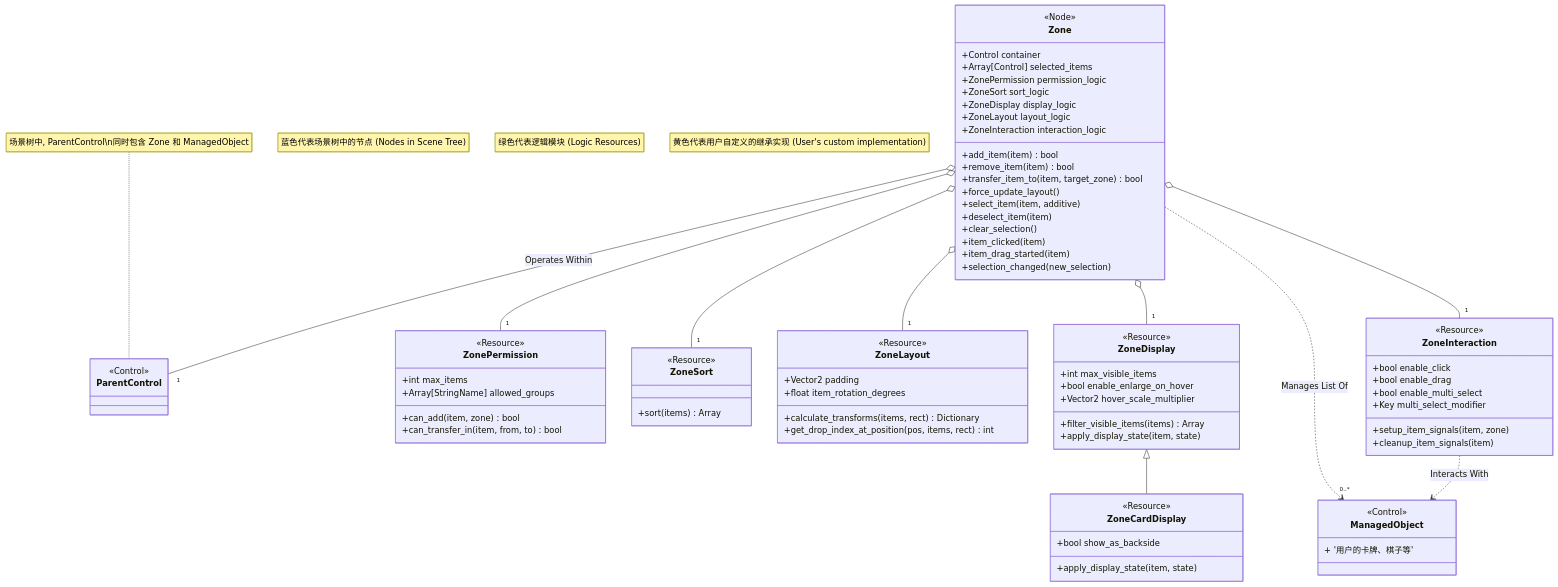
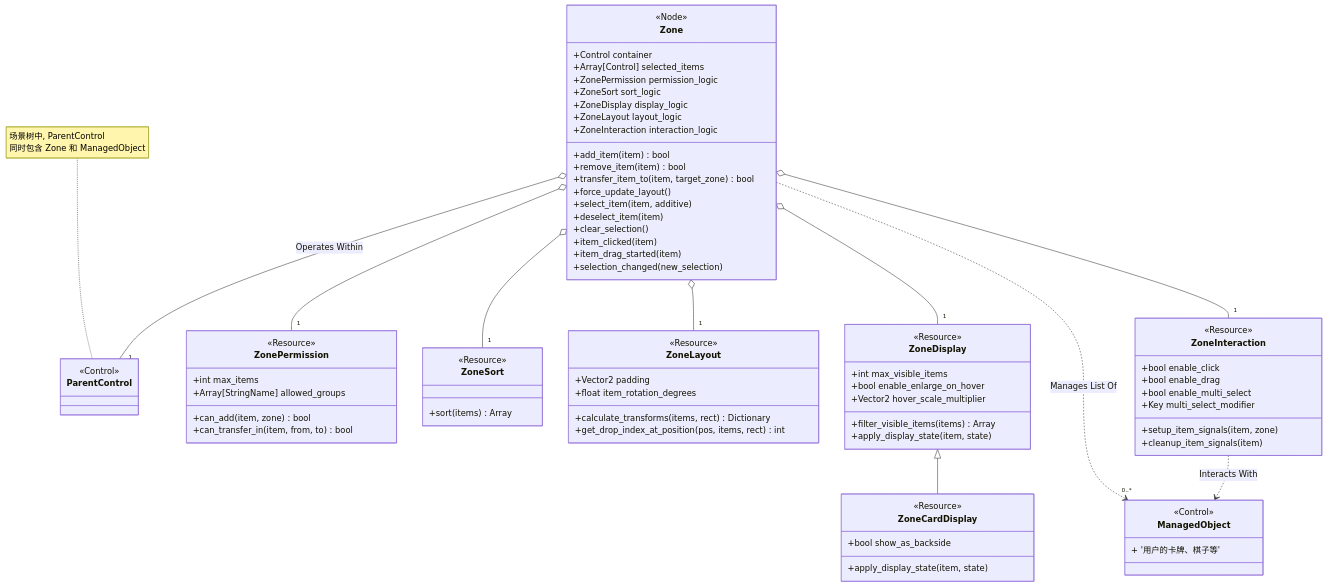
The second of 2 diagrams in README.md (AmyF/nascent-soul), drawn with Mermaid before and after one commit.

Commit message:
update note

````diff
--- a/README.md
+++ b/README.md
@@ -45,9 +45,6 @@
 ```mermaid
 classDiagram
     %% --- Notes explaining the diagram conventions ---
-    note "蓝色代表场景树中的节点 (Nodes in Scene Tree)"
-    note "绿色代表逻辑模块 (Logic Resources)"
-    note "黄色代表用户自定义的继承实现 (User's custom implementation)"
 
     %% --- Classes in the Scene Tree ---
     class ParentControl {
@@ -137,7 +134,7 @@
     }
 
     %% --- Relationships ---
-    note for ParentControl "场景树中, ParentControl\n同时包含 Zone 和 ManagedObject"
+    note for ParentControl "场景树中, ParentControl<br/>同时包含 Zone 和 ManagedObject"
 
     Zone o-- "1" ParentControl : Operates Within
     Zone o-- "1" ZonePermission
````
